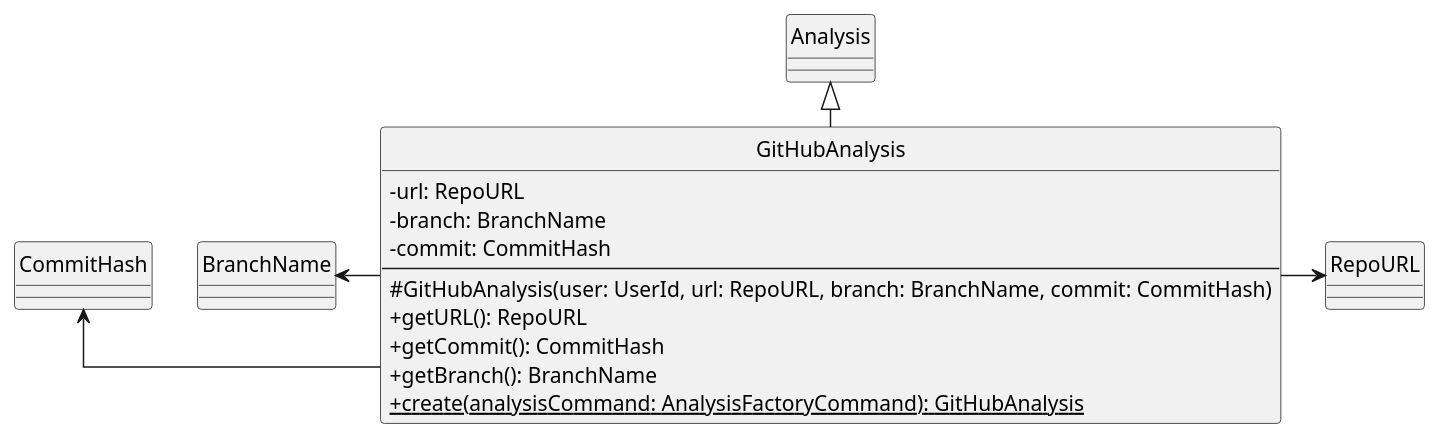
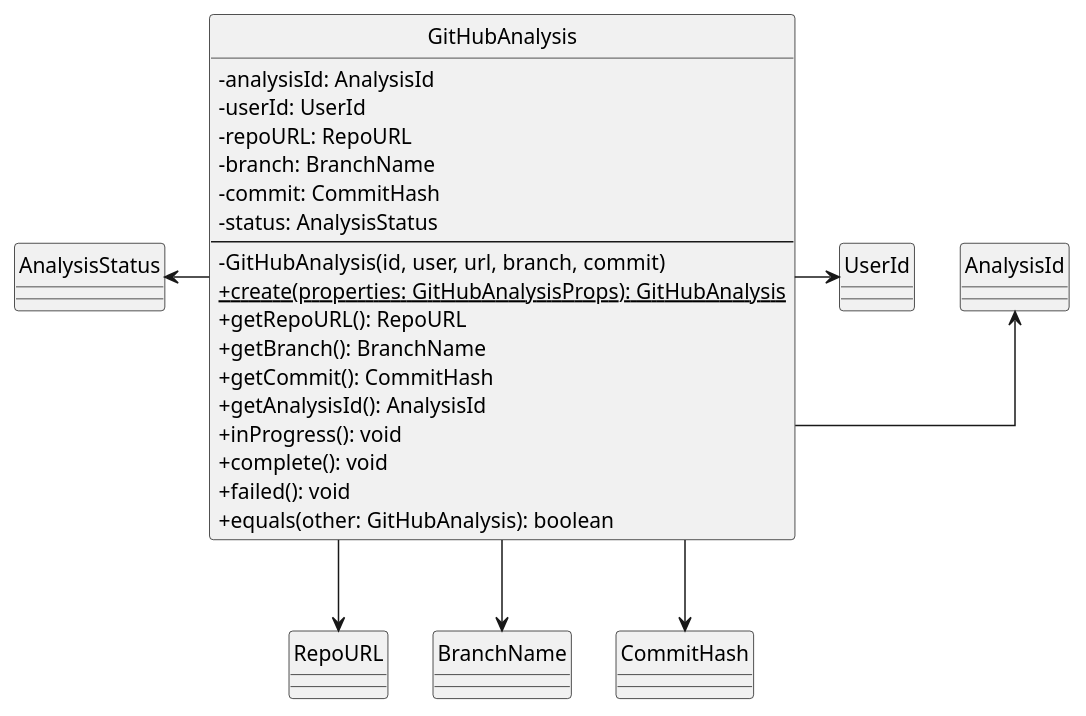
The diagram in assets/st_diagrams/code/plantuml/analysis/domain/entities/githubAnalysis.entity.plantuml (SkarabGroup/DocumentazioneProgetto), drawn with PlantUML before and after one commit. The commit also changed 88 other files, not shown here.

```diff
--- a/assets/st_diagrams/code/plantuml/analysis/domain/entities/githubAnalysis.entity.plantuml
+++ b/assets/st_diagrams/code/plantuml/analysis/domain/entities/githubAnalysis.entity.plantuml
@@ -1,27 +1,35 @@
 @startuml GitHubAnalysis
-
 skinparam componentStyle uml2.5
 skinparam linetype ortho
 skinparam nodesep 30
 skinparam ranksep 30
 skinparam ClassAttributeIconSize 0
 hide circles
 
 class GitHubAnalysis {
-    - url: RepoURL
+    - analysisId: AnalysisId
+    - userId: UserId
+    - repoURL: RepoURL
     - branch: BranchName
     - commit: CommitHash
+    - status: AnalysisStatus
     ---
-    # GitHubAnalysis(user: UserId, url: RepoURL, branch: BranchName, commit: CommitHash)
-    + getURL(): RepoURL
+    - GitHubAnalysis(id, user, url, branch, commit)
+    + {static} create(properties: GitHubAnalysisProps): GitHubAnalysis
+    + getRepoURL(): RepoURL
+    + getBranch(): BranchName
     + getCommit(): CommitHash
-    + getBranch(): BranchName
-    + {static} create(analysisCommand: AnalysisFactoryCommand): GitHubAnalysis
+    + getAnalysisId(): AnalysisId
+    + inProgress(): void
+    + complete(): void
+    + failed(): void
+    + equals(other: GitHubAnalysis): boolean
 }
 
-GitHubAnalysis --up|> Analysis
-
-GitHubAnalysis --right-> RepoURL
-GitHubAnalysis --left-> BranchName
-GitHubAnalysis --left-> CommitHash
+GitHubAnalysis --right-> AnalysisId
+GitHubAnalysis --right-> UserId
+GitHubAnalysis --down-> RepoURL
+GitHubAnalysis --down-> BranchName
+GitHubAnalysis --down-> CommitHash
+GitHubAnalysis --left-> AnalysisStatus
 @enduml
```
